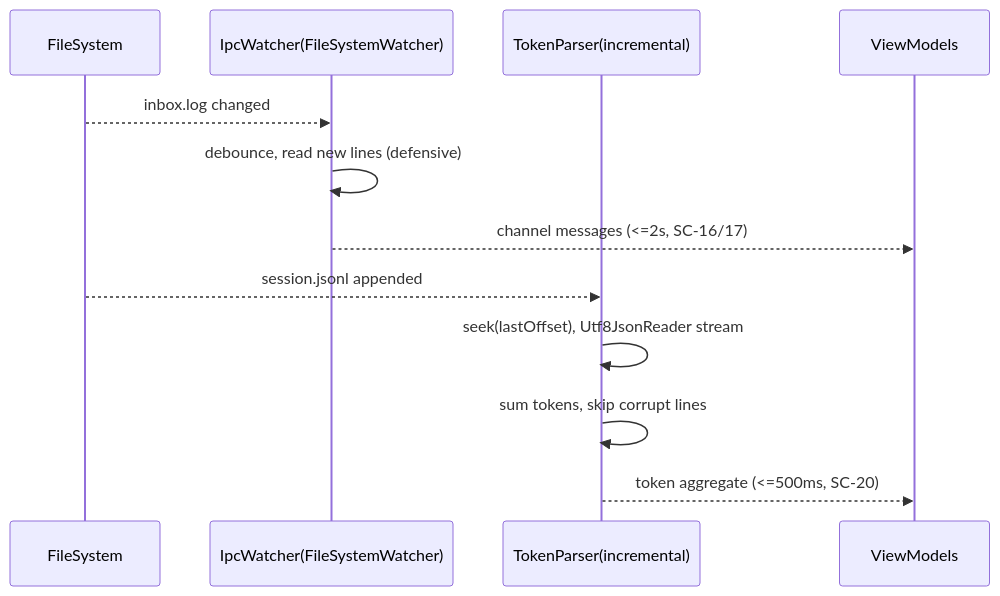
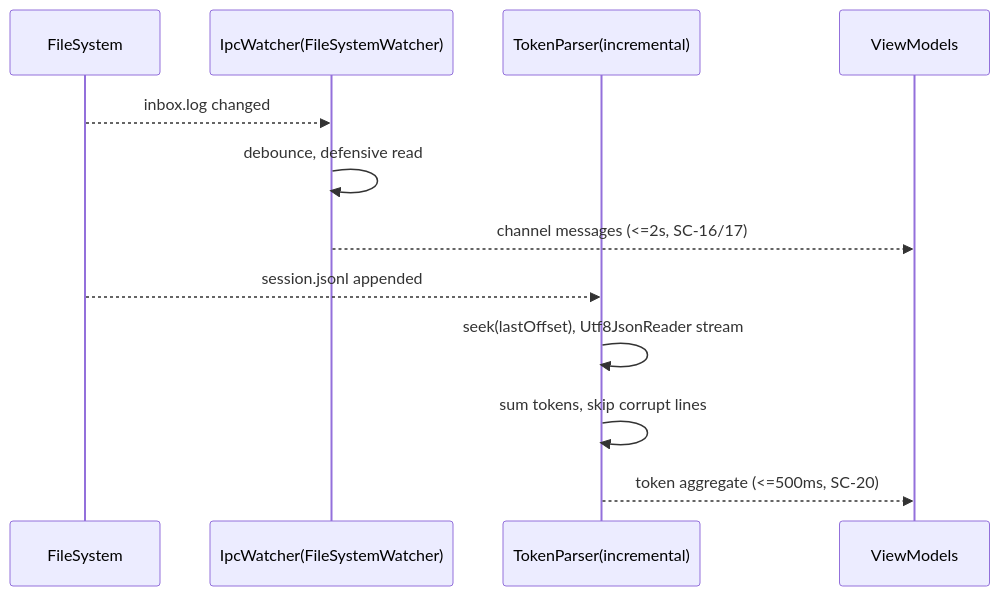
One commit to MAHT1990/control_tower_win changed the third of 3 diagrams in docs/plans/v1/10_tech.md. Above: the diagram before and after it, drawn with Mermaid. The commit also changed other lines of this file and 9 other files, not shown here.

````diff
--- a/docs/plans/v1/10_tech.md
+++ b/docs/plans/v1/10_tech.md
@@ -304,14 +282,14 @@
 ```mermaid
 sequenceDiagram
     participant FS as FileSystem
     participant IW as IpcWatcher(FileSystemWatcher)
     participant TP as TokenParser(incremental)
     participant VM as ViewModels
     FS-->>IW: inbox.log changed
-    IW->>IW: debounce, read new lines (defensive)
+    IW->>IW: debounce, defensive read
     IW-->>VM: channel messages (<=2s, SC-16/17)
     FS-->>TP: session.jsonl appended
     TP->>TP: seek(lastOffset), Utf8JsonReader stream
     TP->>TP: sum tokens, skip corrupt lines
     TP-->>VM: token aggregate (<=500ms, SC-20)
 ```
````
